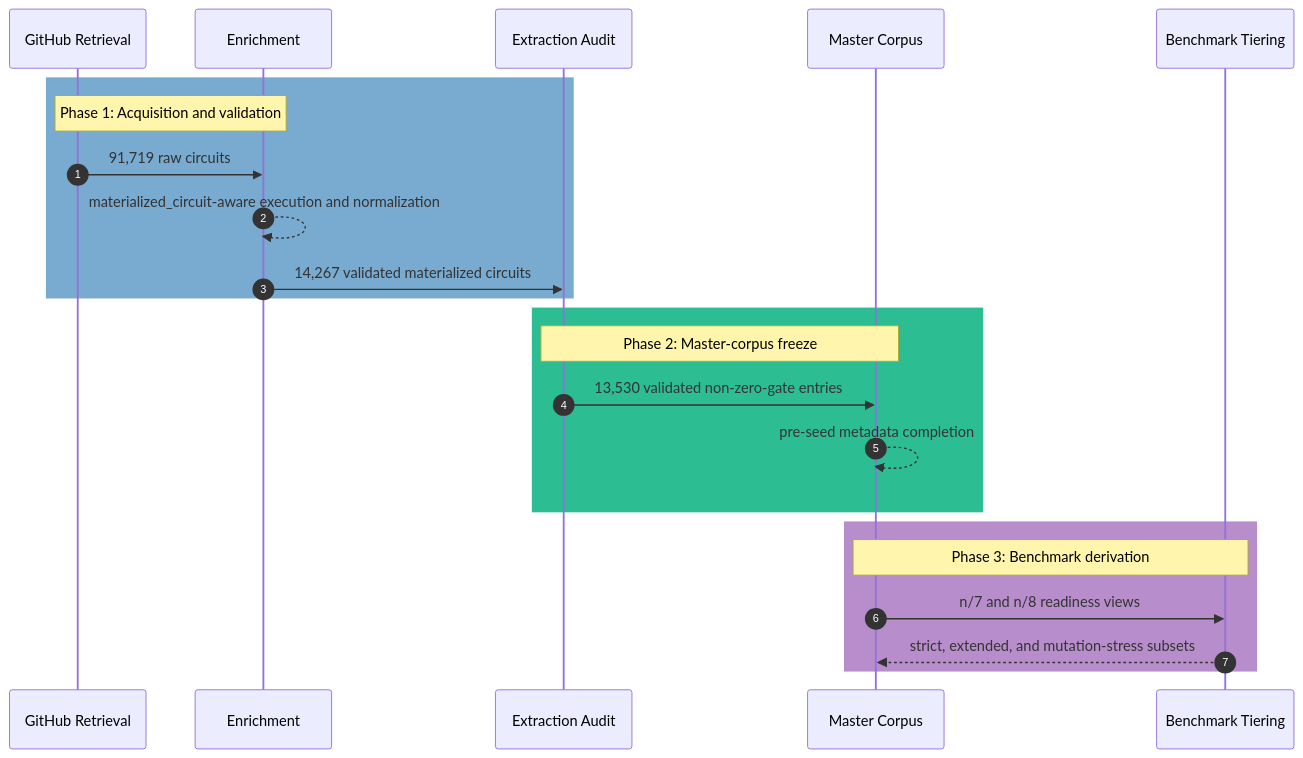
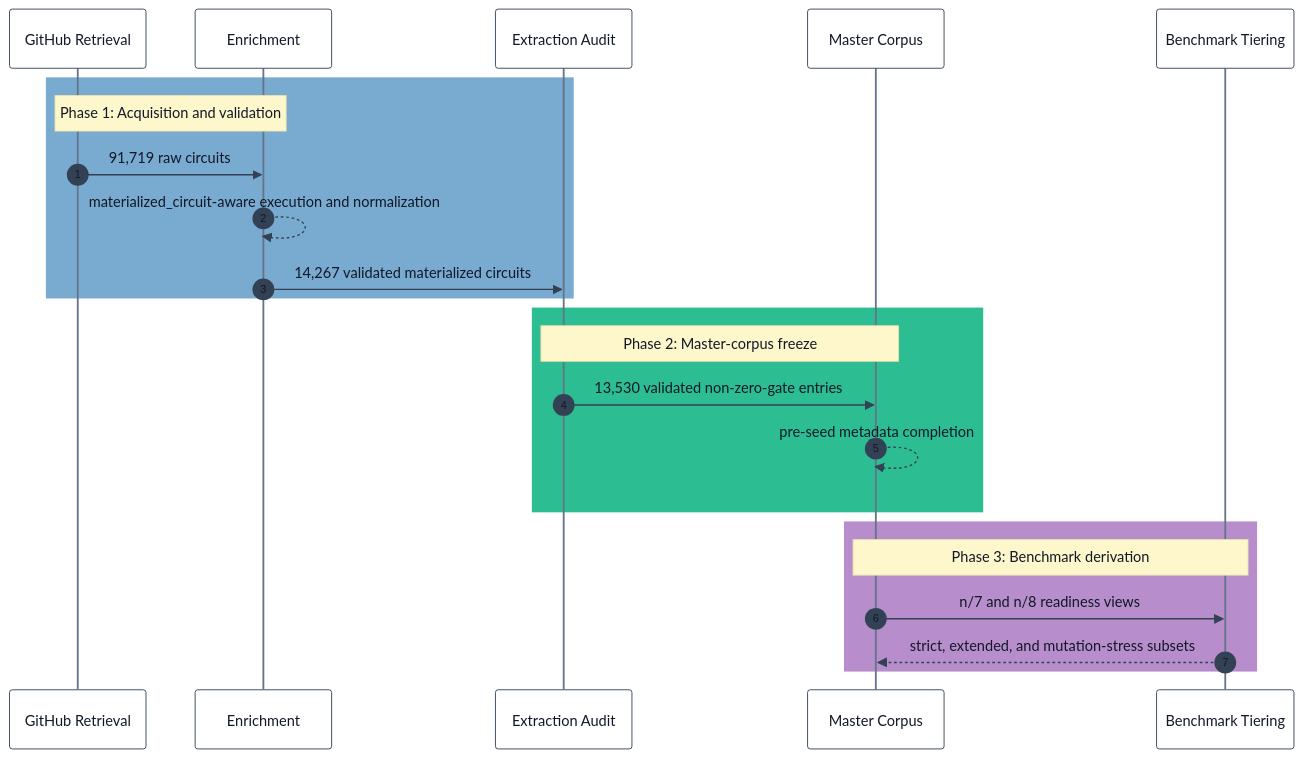
One commit to Elias-Abebe-Gasparini/PQID-Dataset changed the second of 4 diagrams in README.md. Above: the diagram before and after it, drawn with Mermaid. The commit also changed other lines of this file and 1 other file, not shown here.

````diff
--- a/README.md
+++ b/README.md
@@ -170,29 +171,29 @@
 ```mermaid
-%%{init: {'themeVariables': {'noteTextColor': '#000000', 'messageTextColor': '#000000', 'actorTextColor': '#000000'}}}%%
+%%{init: {'theme': 'base', 'themeVariables': {'background': '#ffffff', 'mainBkg': '#ffffff', 'primaryColor': '#f8fafc', 'primaryTextColor': '#111827', 'primaryBorderColor': '#334155', 'secondaryColor': '#e8f3fc', 'tertiaryColor': '#f8fafc', 'textColor': '#111827', 'lineColor': '#334155', 'actorBkg': '#ffffff', 'actorBorder': '#334155', 'actorTextColor': '#111827', 'actorLineColor': '#64748b', 'signalColor': '#334155', 'signalTextColor': '#111827', 'messageTextColor': '#111827', 'noteBkgColor': '#fff7cc', 'noteTextColor': '#111827', 'labelBoxBkgColor': '#ffffff', 'labelTextColor': '#111827', 'loopTextColor': '#111827', 'sequenceNumberColor': '#111827', 'fontFamily': 'Arial, sans-serif'}}}%%
 sequenceDiagram
     autonumber
     participant GH as GitHub Retrieval
     participant EN as Enrichment
     participant QA as Extraction Audit
     participant MC as Master Corpus
     participant BT as Benchmark Tiering
 
     rect rgb(121, 170, 208)
     Note over GH,EN: Phase 1: Acquisition and validation
     GH->>EN: 91,719 raw circuits
     EN-->>EN: materialized_circuit-aware execution and normalization
     EN->>QA: 14,267 validated materialized circuits
     end
 
     rect rgb(44, 189, 146)
     Note over QA,MC: Phase 2: Master-corpus freeze
     QA->>MC: 13,530 validated non-zero-gate entries
     MC-->>MC: pre-seed metadata completion
     end
 
     rect rgb(183, 142, 203)
     Note over MC,BT: Phase 3: Benchmark derivation
     MC->>BT: n/7 and n/8 readiness views
     BT-->>MC: strict, extended, and mutation-stress subsets
     end
 ```
````
